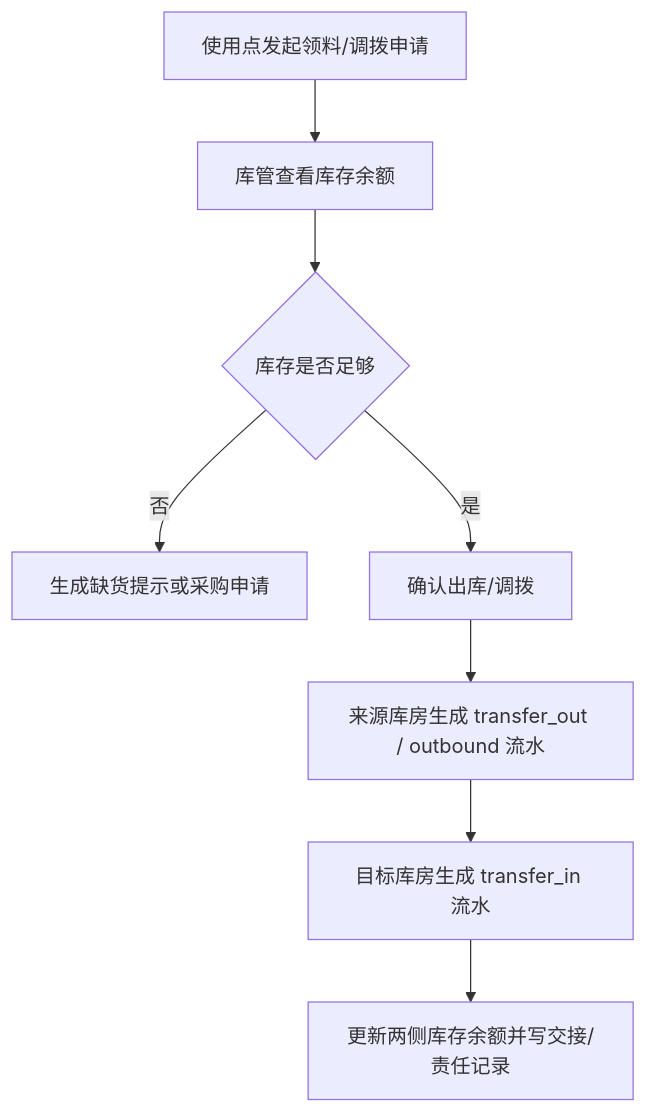
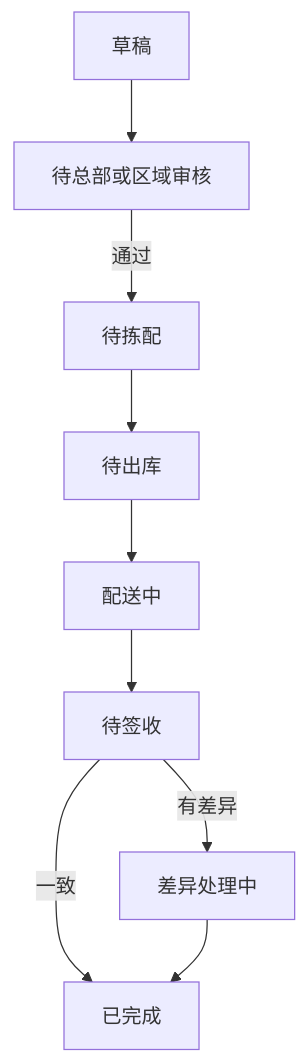
The second of 4 diagrams in docs/supply-chain-inventory-development-design-v0.1.md (jxh1979/mall), drawn with Mermaid before and after one commit. The commit also changed other lines of this file and 1 other file, not shown here.

````diff
--- a/docs/supply-chain-inventory-development-design-v0.1.md
+++ b/docs/supply-chain-inventory-development-design-v0.1.md
@@ -256,10 +267,11 @@
 ```mermaid
 flowchart TD
-  A["使用点发起领料/调拨申请"] --> B["库管查看库存余额"]
-  B --> C{"库存是否足够"}
-  C -- 否 --> D["生成缺货提示或采购申请"]
-  C -- 是 --> E["确认出库/调拨"]
-  E --> F["来源库房生成 transfer_out / outbound 流水"]
-  F --> G["目标库房生成 transfer_in 流水"]
-  G --> H["更新两侧库存余额并写交接/责任记录"]
+  A["草稿"] --> B["待总部或区域审核"]
+  B -- 通过 --> C["待拣配"]
+  C --> D["待出库"]
+  D --> E["配送中"]
+  E --> F["待签收"]
+  F -- 一致 --> G["已完成"]
+  F -- 有差异 --> H["差异处理中"]
+  H --> G
 ```
````
